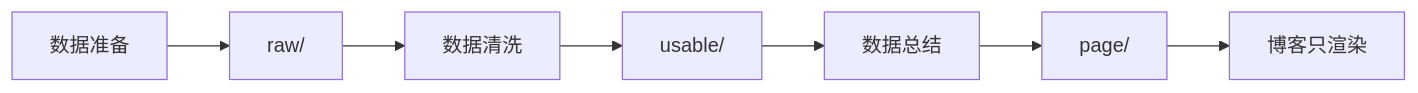
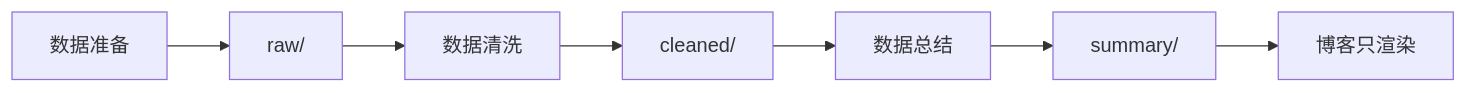
One commit to VirusPC/edges-brain-viruspc changed the diagram in skills/managed/weekly-ai-blogs-digest/SKILL.md. Above: the diagram before and after it, drawn with Mermaid. The commit also changed other lines of this file and 16 other files, not shown here.

First line of the commit message:
docs: 周报产物目录改为 raw、cleaned、summary

````diff
--- a/skills/managed/weekly-ai-blogs-digest/SKILL.md
+++ b/skills/managed/weekly-ai-blogs-digest/SKILL.md
@@ -14,9 +14,9 @@
 ```mermaid
 flowchart LR
   prepare["数据准备"] --> raw["raw/"]
   raw --> clean["数据清洗"]
-  clean --> usable["usable/"]
-  usable --> summarize["数据总结"]
-  summarize --> page["page/"]
-  page --> blog["博客只渲染"]
+  clean --> cleaned["cleaned/"]
+  cleaned --> summarize["数据总结"]
+  summarize --> summary["summary/"]
+  summary --> blog["博客只渲染"]
 ```
````
